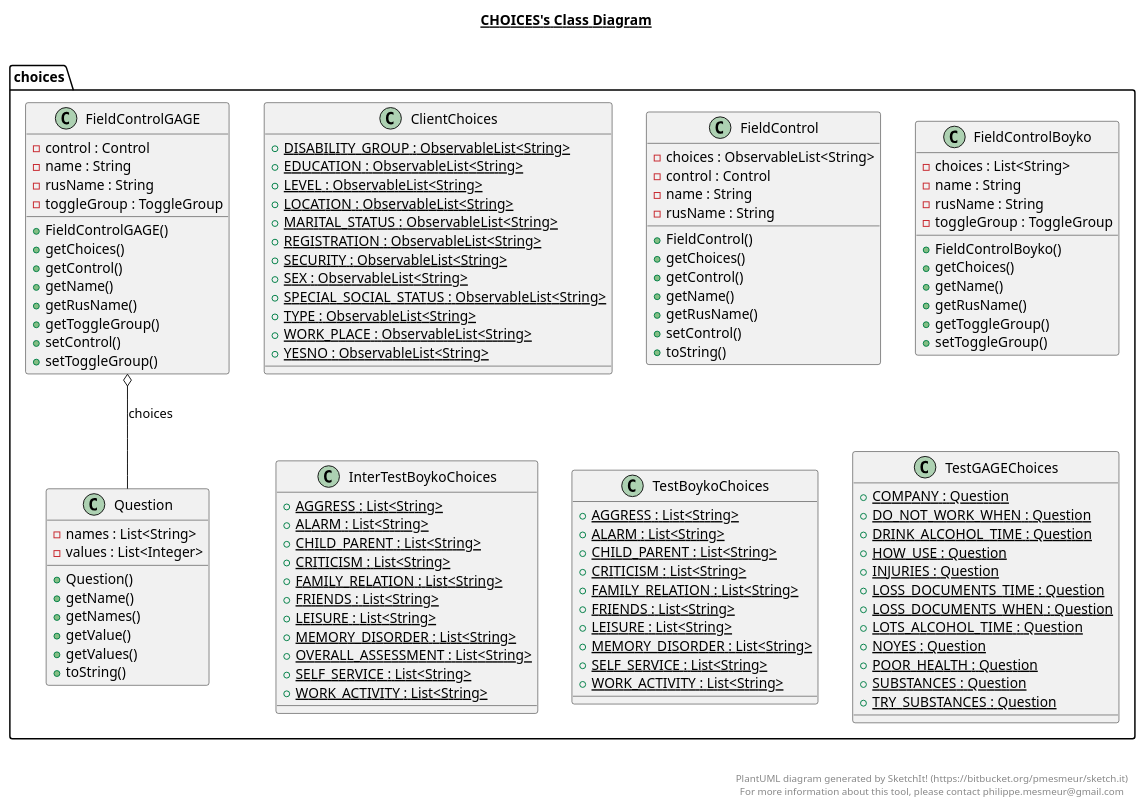
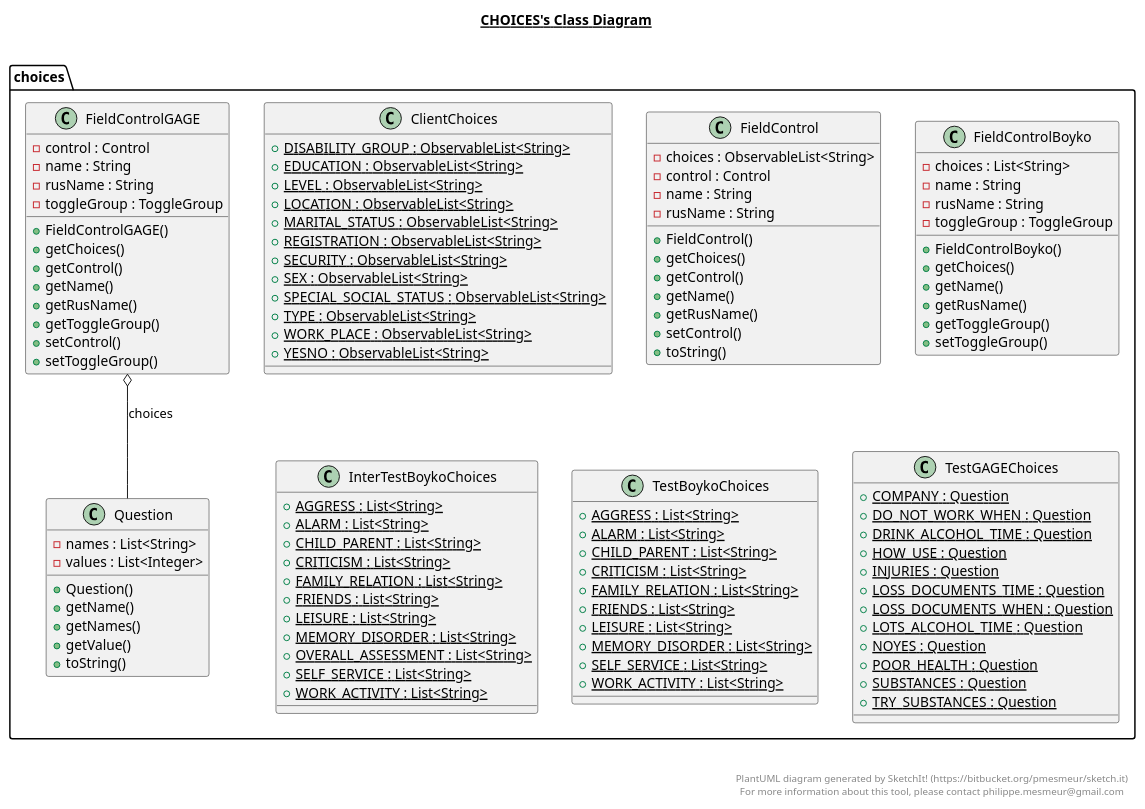
The diagram in src/choices/choices.plantuml (psychosis1/Work-Practice), drawn with PlantUML before and after one commit. The commit also changed 4 other files, not shown here.

```diff
--- a/src/choices/choices.plantuml
+++ b/src/choices/choices.plantuml
@@ -1,149 +1,148 @@
 @startuml
 
 title __CHOICES's Class Diagram__\n
 
   namespace choices {
     class choices.ClientChoices {
         {static} + DISABILITY_GROUP : ObservableList<String>
         {static} + EDUCATION : ObservableList<String>
         {static} + LEVEL : ObservableList<String>
         {static} + LOCATION : ObservableList<String>
         {static} + MARITAL_STATUS : ObservableList<String>
         {static} + REGISTRATION : ObservableList<String>
         {static} + SECURITY : ObservableList<String>
         {static} + SEX : ObservableList<String>
         {static} + SPECIAL_SOCIAL_STATUS : ObservableList<String>
         {static} + TYPE : ObservableList<String>
         {static} + WORK_PLACE : ObservableList<String>
         {static} + YESNO : ObservableList<String>
     }
   }
   
 
   namespace choices {
     class choices.FieldControl {
         - choices : ObservableList<String>
         - control : Control
         - name : String
         - rusName : String
         + FieldControl()
         + getChoices()
         + getControl()
         + getName()
         + getRusName()
         + setControl()
         + toString()
     }
   }
   
 
   namespace choices {
     class choices.FieldControlBoyko {
         - choices : List<String>
         - name : String
         - rusName : String
         - toggleGroup : ToggleGroup
         + FieldControlBoyko()
         + getChoices()
         + getName()
         + getRusName()
         + getToggleGroup()
         + setToggleGroup()
     }
   }
   
 
   namespace choices {
     class choices.FieldControlGAGE {
         - control : Control
         - name : String
         - rusName : String
         - toggleGroup : ToggleGroup
         + FieldControlGAGE()
         + getChoices()
         + getControl()
         + getName()
         + getRusName()
         + getToggleGroup()
         + setControl()
         + setToggleGroup()
     }
   }
   
 
   namespace choices {
     class choices.InterTestBoykoChoices {
         {static} + AGGRESS : List<String>
         {static} + ALARM : List<String>
         {static} + CHILD_PARENT : List<String>
         {static} + CRITICISM : List<String>
         {static} + FAMILY_RELATION : List<String>
         {static} + FRIENDS : List<String>
         {static} + LEISURE : List<String>
         {static} + MEMORY_DISORDER : List<String>
         {static} + OVERALL_ASSESSMENT : List<String>
         {static} + SELF_SERVICE : List<String>
         {static} + WORK_ACTIVITY : List<String>
     }
   }
   
 
   namespace choices {
     class choices.Question {
         - names : List<String>
         - values : List<Integer>
         + Question()
         + getName()
         + getNames()
         + getValue()
-        + getValues()
         + toString()
     }
   }
   
 
   namespace choices {
     class choices.TestBoykoChoices {
         {static} + AGGRESS : List<String>
         {static} + ALARM : List<String>
         {static} + CHILD_PARENT : List<String>
         {static} + CRITICISM : List<String>
         {static} + FAMILY_RELATION : List<String>
         {static} + FRIENDS : List<String>
         {static} + LEISURE : List<String>
         {static} + MEMORY_DISORDER : List<String>
         {static} + SELF_SERVICE : List<String>
         {static} + WORK_ACTIVITY : List<String>
     }
   }
   
 
   namespace choices {
     class choices.TestGAGEChoices {
         {static} + COMPANY : Question
         {static} + DO_NOT_WORK_WHEN : Question
         {static} + DRINK_ALCOHOL_TIME : Question
         {static} + HOW_USE : Question
         {static} + INJURIES : Question
         {static} + LOSS_DOCUMENTS_TIME : Question
         {static} + LOSS_DOCUMENTS_WHEN : Question
         {static} + LOTS_ALCOHOL_TIME : Question
         {static} + NOYES : Question
         {static} + POOR_HEALTH : Question
         {static} + SUBSTANCES : Question
         {static} + TRY_SUBSTANCES : Question
     }
   }
   
 
   choices.FieldControlGAGE o-- choices.Question : choices
 
 
 right footer
 
 
 PlantUML diagram generated by SketchIt! (https://bitbucket.org/pmesmeur/sketch.it)
 For more information about this tool, please contact philippe.mesmeur@gmail.com
 endfooter
 
 @enduml
```
